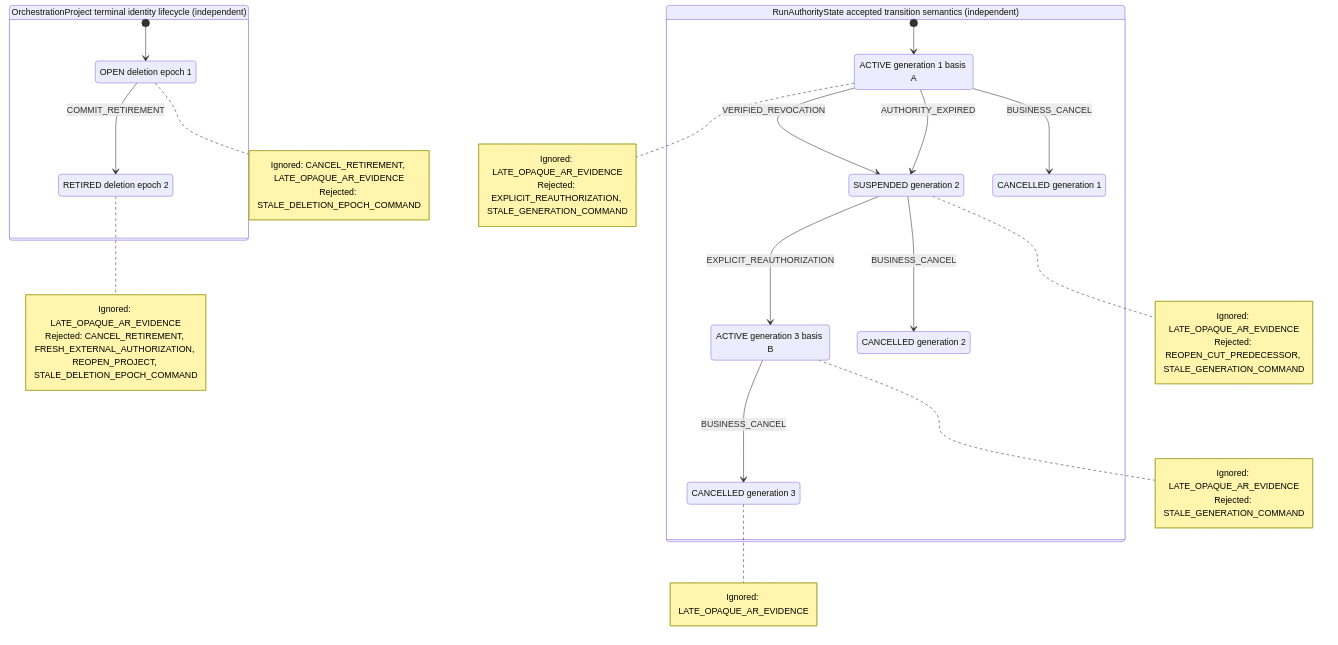
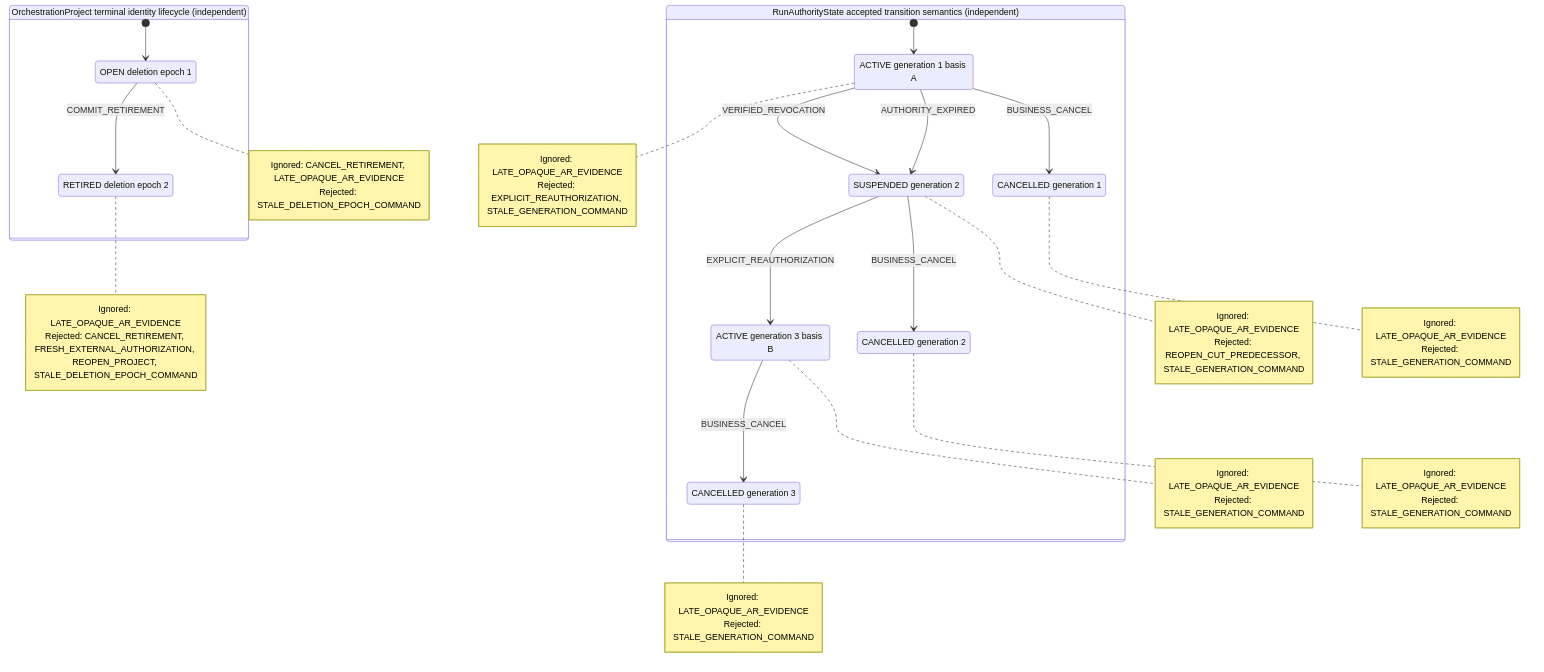
One commit to agent-teams-ai/agent-teams-orchestrator changed the diagram in architecture/executable-specs/generated/accepted-authority-submodels.mmd. Above: the diagram before and after it, drawn with Mermaid. The commit also changed 12 other files, not shown here.

Commit message:
fix(architecture): close executable spec review gaps

```diff
--- a/architecture/executable-specs/generated/accepted-authority-submodels.mmd
+++ b/architecture/executable-specs/generated/accepted-authority-submodels.mmd
@@ -1,47 +1,56 @@
 %% Derived from independent accepted authority submodels.
 %% This diagram is not a cross-product or a production runtime machine.
 stateDiagram-v2
     state "OrchestrationProject terminal identity lifecycle (independent)" as model_0 {
         [*] --> model_0_state_open_epoch_1
         state "OPEN deletion epoch 1" as model_0_state_open_epoch_1
         state "RETIRED deletion epoch 2" as model_0_state_retired_epoch_2
         model_0_state_open_epoch_1 --> model_0_state_retired_epoch_2: COMMIT_RETIREMENT
         note right of model_0_state_open_epoch_1
             Ignored: CANCEL_RETIREMENT, LATE_OPAQUE_AR_EVIDENCE
             Rejected: STALE_DELETION_EPOCH_COMMAND
         end note
         note right of model_0_state_retired_epoch_2
             Ignored: LATE_OPAQUE_AR_EVIDENCE
             Rejected: CANCEL_RETIREMENT, FRESH_EXTERNAL_AUTHORIZATION, REOPEN_PROJECT, STALE_DELETION_EPOCH_COMMAND
         end note
     }
     state "RunAuthorityState accepted transition semantics (independent)" as model_1 {
         [*] --> model_1_state_active_generation_1_basis_a
         state "ACTIVE generation 1 basis A" as model_1_state_active_generation_1_basis_a
         state "SUSPENDED generation 2" as model_1_state_suspended_generation_2
         state "ACTIVE generation 3 basis B" as model_1_state_active_generation_3_basis_b
         state "CANCELLED generation 1" as model_1_state_cancelled_generation_1
         state "CANCELLED generation 2" as model_1_state_cancelled_generation_2
         state "CANCELLED generation 3" as model_1_state_cancelled_generation_3
         model_1_state_active_generation_1_basis_a --> model_1_state_suspended_generation_2: VERIFIED_REVOCATION
         model_1_state_active_generation_1_basis_a --> model_1_state_suspended_generation_2: AUTHORITY_EXPIRED
         model_1_state_suspended_generation_2 --> model_1_state_active_generation_3_basis_b: EXPLICIT_REAUTHORIZATION
         model_1_state_active_generation_1_basis_a --> model_1_state_cancelled_generation_1: BUSINESS_CANCEL
         model_1_state_suspended_generation_2 --> model_1_state_cancelled_generation_2: BUSINESS_CANCEL
         model_1_state_active_generation_3_basis_b --> model_1_state_cancelled_generation_3: BUSINESS_CANCEL
         note right of model_1_state_active_generation_1_basis_a
             Ignored: LATE_OPAQUE_AR_EVIDENCE
             Rejected: EXPLICIT_REAUTHORIZATION, STALE_GENERATION_COMMAND
         end note
         note right of model_1_state_suspended_generation_2
             Ignored: LATE_OPAQUE_AR_EVIDENCE
             Rejected: REOPEN_CUT_PREDECESSOR, STALE_GENERATION_COMMAND
         end note
         note right of model_1_state_active_generation_3_basis_b
             Ignored: LATE_OPAQUE_AR_EVIDENCE
             Rejected: STALE_GENERATION_COMMAND
         end note
+        note right of model_1_state_cancelled_generation_1
+            Ignored: LATE_OPAQUE_AR_EVIDENCE
+            Rejected: STALE_GENERATION_COMMAND
+        end note
+        note right of model_1_state_cancelled_generation_2
+            Ignored: LATE_OPAQUE_AR_EVIDENCE
+            Rejected: STALE_GENERATION_COMMAND
+        end note
         note right of model_1_state_cancelled_generation_3
             Ignored: LATE_OPAQUE_AR_EVIDENCE
+            Rejected: STALE_GENERATION_COMMAND
         end note
     }
```
